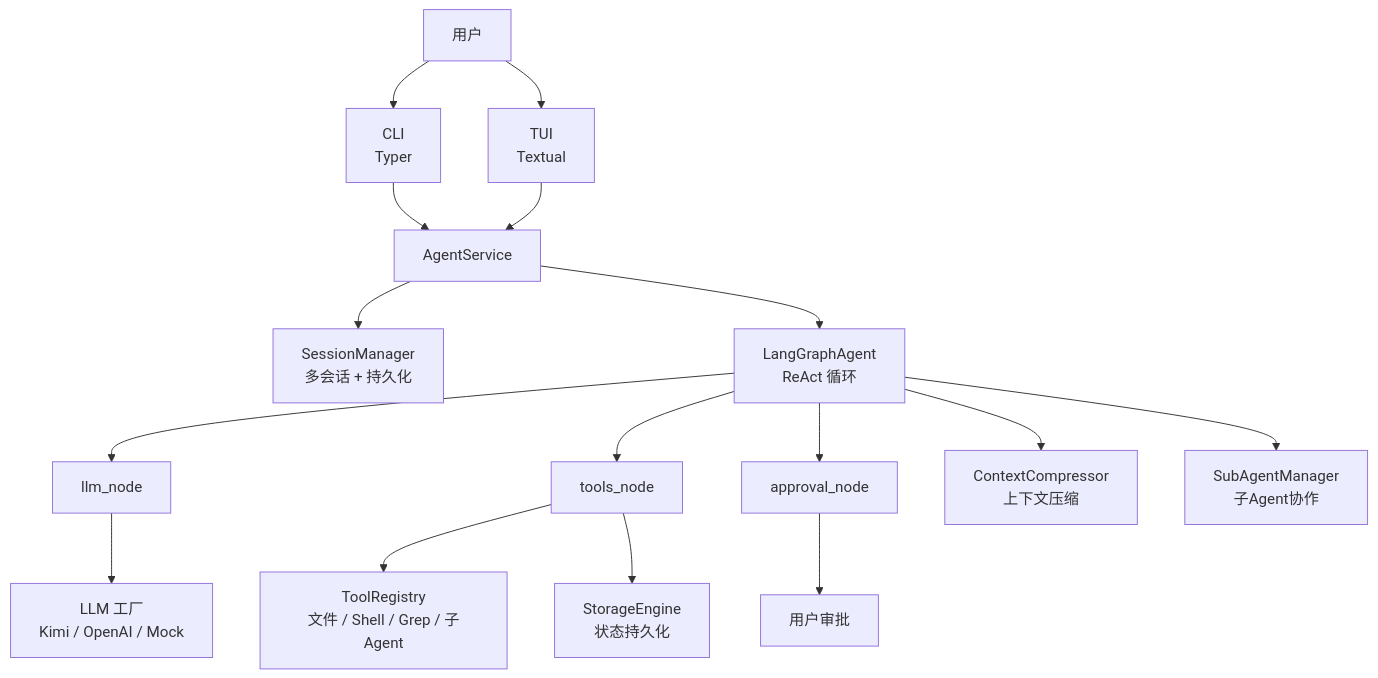
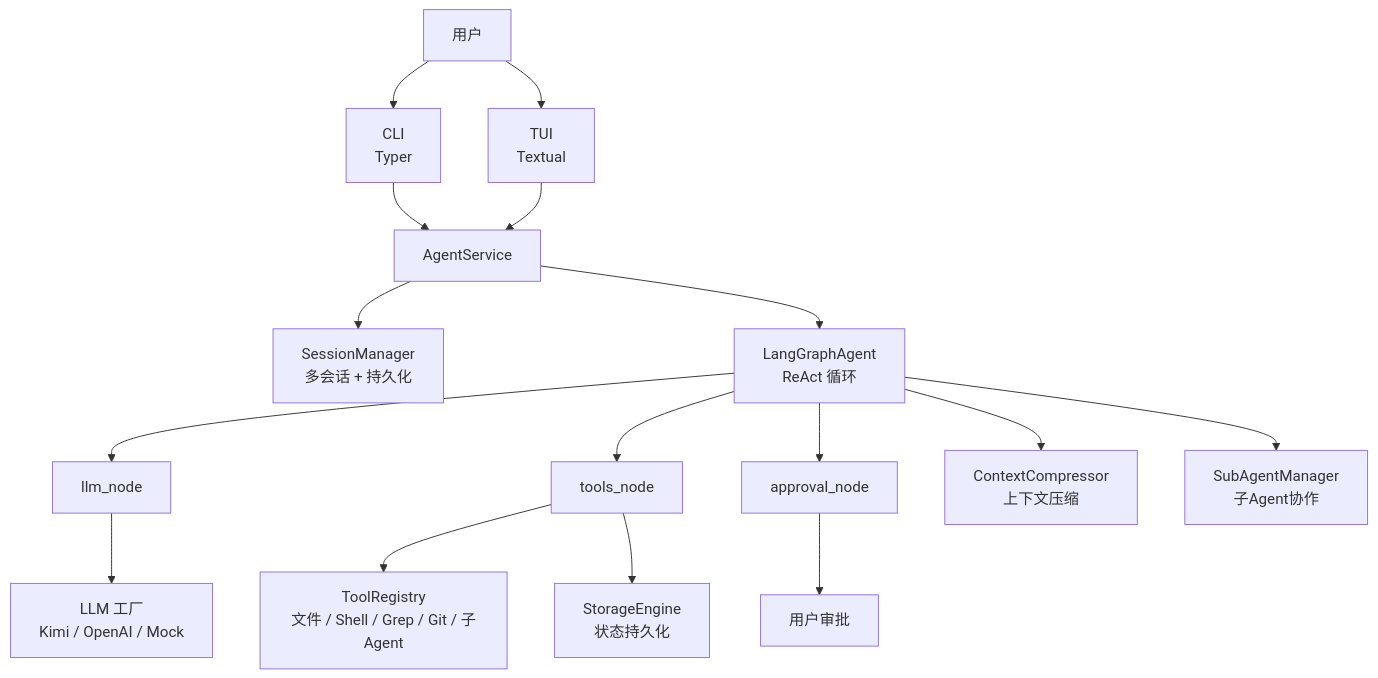
Before and after one commit to XianqingLin/ai-coding-project: the first of 2 diagrams in README.md, drawn with Mermaid. The commit also changed other lines of this file and 3 other files, not shown here.

First line of the commit message:
feat: add structured Git tools (status/diff/log/branch/add/commit/push)

````diff
--- a/README.md
+++ b/README.md
@@ -23,18 +23,18 @@
 ```mermaid
 graph TD
     User[用户] --> CLI[CLI<br/>Typer]
     User --> TUI[TUI<br/>Textual]
     CLI --> AgentService[AgentService]
     TUI --> AgentService
     AgentService --> SessionManager[SessionManager<br/>多会话 + 持久化]
     AgentService --> LangGraphAgent[LangGraphAgent<br/>ReAct 循环]
     LangGraphAgent --> LLMNode[llm_node]
     LangGraphAgent --> ToolsNode[tools_node]
     LangGraphAgent --> ApprovalNode[approval_node]
     LLMNode --> LLMFactory[LLM 工厂<br/>Kimi / OpenAI / Mock]
-    ToolsNode --> ToolRegistry[ToolRegistry<br/>文件 / Shell / Grep / 子Agent]
+    ToolsNode --> ToolRegistry[ToolRegistry<br/>文件 / Shell / Grep / Git / 子Agent]
     ApprovalNode --> UserApproval[用户审批]
     ToolsNode --> Storage[StorageEngine<br/>状态持久化]
     LangGraphAgent --> Compressor[ContextCompressor<br/>上下文压缩]
     LangGraphAgent --> SubAgent[SubAgentManager<br/>子Agent协作]
 ```
````
